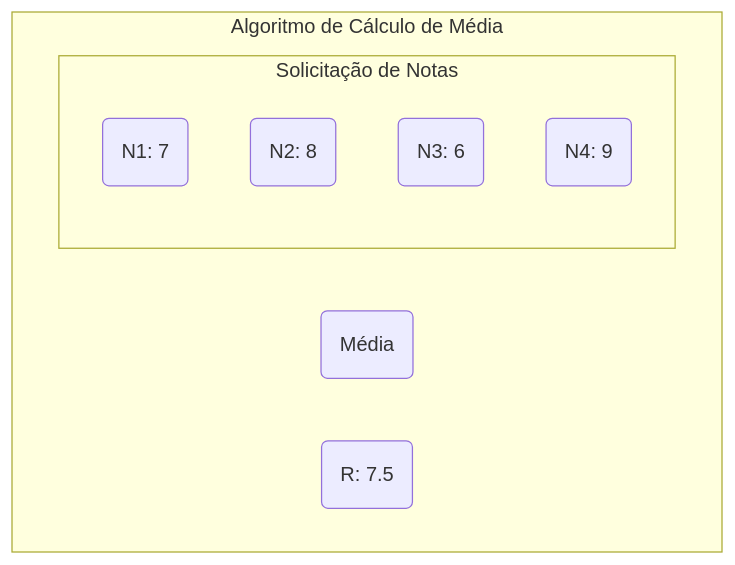
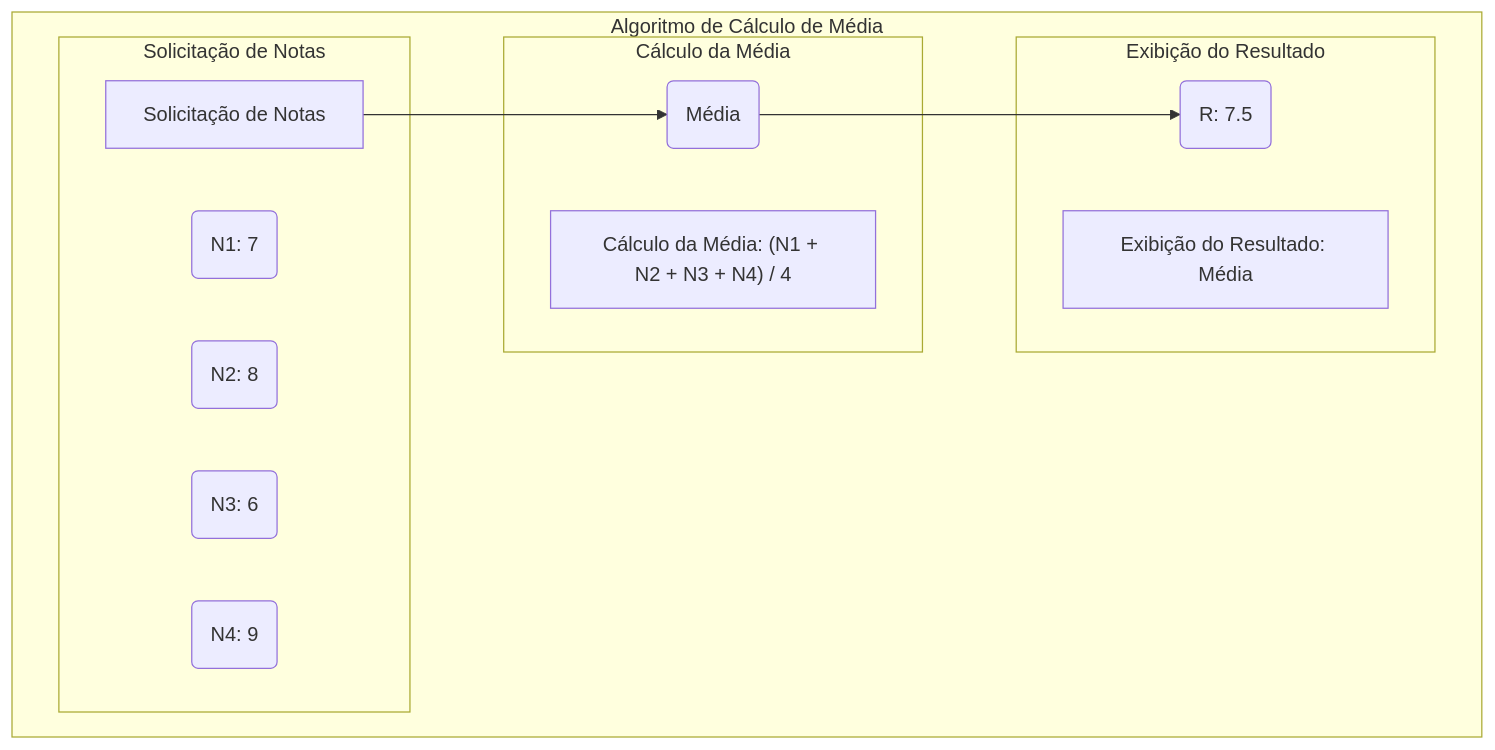
One commit to Daniel-Gehlen/algorithm-chapin changed the diagram in README.md. Above: the diagram before and after it, drawn with Mermaid.

````diff
--- a/README.md
+++ b/README.md
@@ -1,15 +1,22 @@
 ```mermaid
 graph TD;
-    subgraph Algoritmo de Cálculo de Média
-        subgraph Solicitação de Notas
+    subgraph "Algoritmo de Cálculo de Média"
+        subgraph "Solicitação de Notas"
             EntradaNota1(N1: 7) & EntradaNota2(N2: 8) & EntradaNota3(N3: 6) & EntradaNota4(N4: 9);
+            SolicitaçãoNotas[Solicitação de Notas]
         end
-        CalculoMédia(Média);
-        ExibiçãoResultado(R: 7.5);
+        subgraph "Cálculo da Média"
+            CalculoMédia(Média);
+            CálculoMédiaTexto["Cálculo da Média: (N1 + N2 + N3 + N4) / 4"]
+        end
+        subgraph "Exibição do Resultado"
+            ExibiçãoResultado(R: 7.5);
+            ExibiçãoResultadoTexto["Exibição do Resultado: Média"]
+        end
+        SolicitaçãoNotas --> CalculoMédia;
+        CalculoMédia --> ExibiçãoResultado;
     end
 
 
 
-
-
 ```
````
